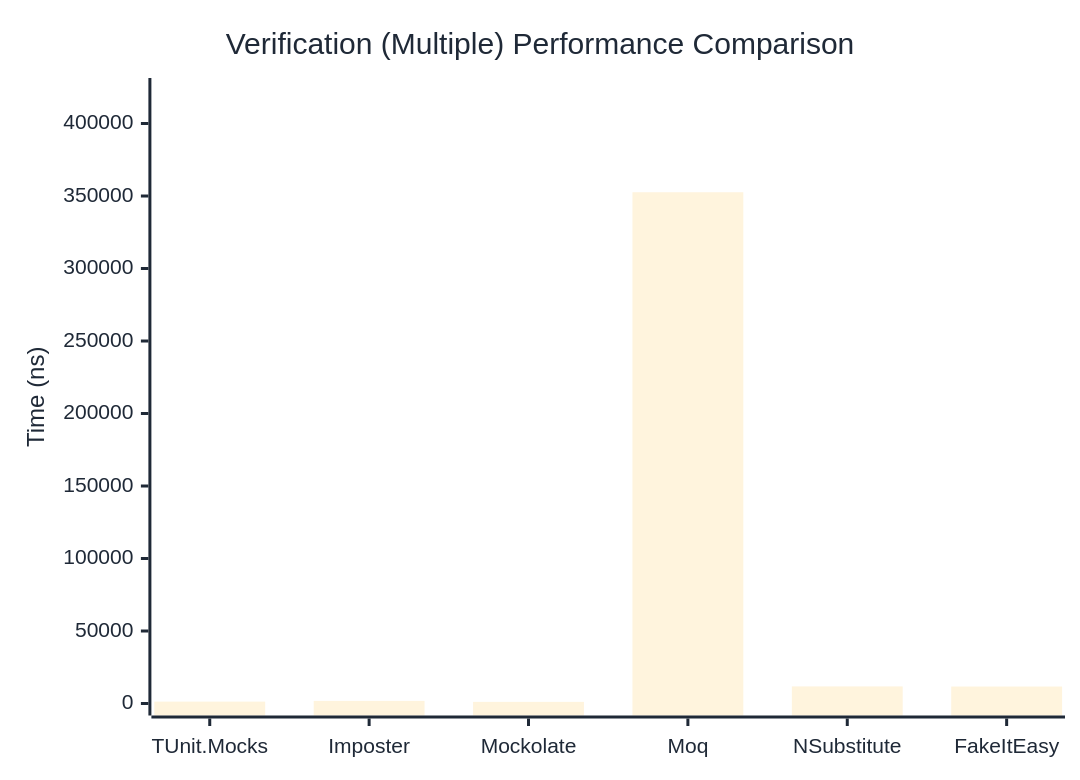
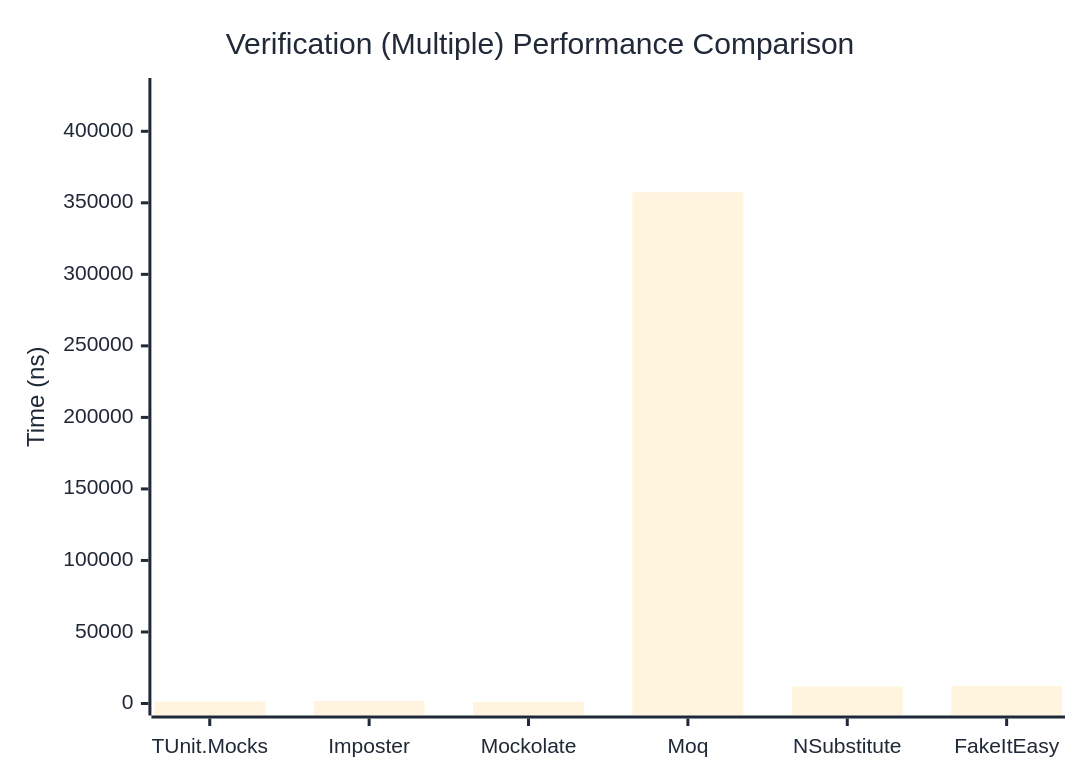
The third of 3 diagrams in docs/docs/benchmarks/mocks/Verification.md (thomhurst/TUnit), drawn with Mermaid before and after one commit. The commit also changed other lines of this file and 14 other files, not shown here.

````diff
--- a/docs/docs/benchmarks/mocks/Verification.md
+++ b/docs/docs/benchmarks/mocks/Verification.md
@@ -112,27 +112,27 @@
 ```mermaid
 %%{init: {
   'theme':'base',
   'themeVariables': {
     'primaryColor': '#2563eb',
     'primaryTextColor': '#1f2937',
     'primaryBorderColor': '#1e40af',
     'lineColor': '#6b7280',
     'secondaryColor': '#7c3aed',
     'tertiaryColor': '#dc2626',
     'background': '#ffffff',
     'pie1': '#2563eb',
     'pie2': '#7c3aed',
     'pie3': '#dc2626',
     'pie4': '#f59e0b',
     'pie5': '#10b981',
     'pie6': '#06b6d4',
     'pie7': '#ec4899',
     'pie8': '#6366f1'
   }
 }}%%
 xychart-beta
   title "Verification (Multiple) Performance Comparison"
   x-axis ["TUnit.Mocks", "Imposter", "Mockolate", "Moq", "NSubstitute", "FakeItEasy"]
-  y-axis "Time (ns)" 0 --> 423117
-  bar [1289.92, 1780.71, 1111.56, 352596.74, 11782.11, 11703.67]
+  y-axis "Time (ns)" 0 --> 428865
+  bar [1338.08, 1849.83, 1186.7, 357387, 11869.64, 12247.61]
 ```
````
